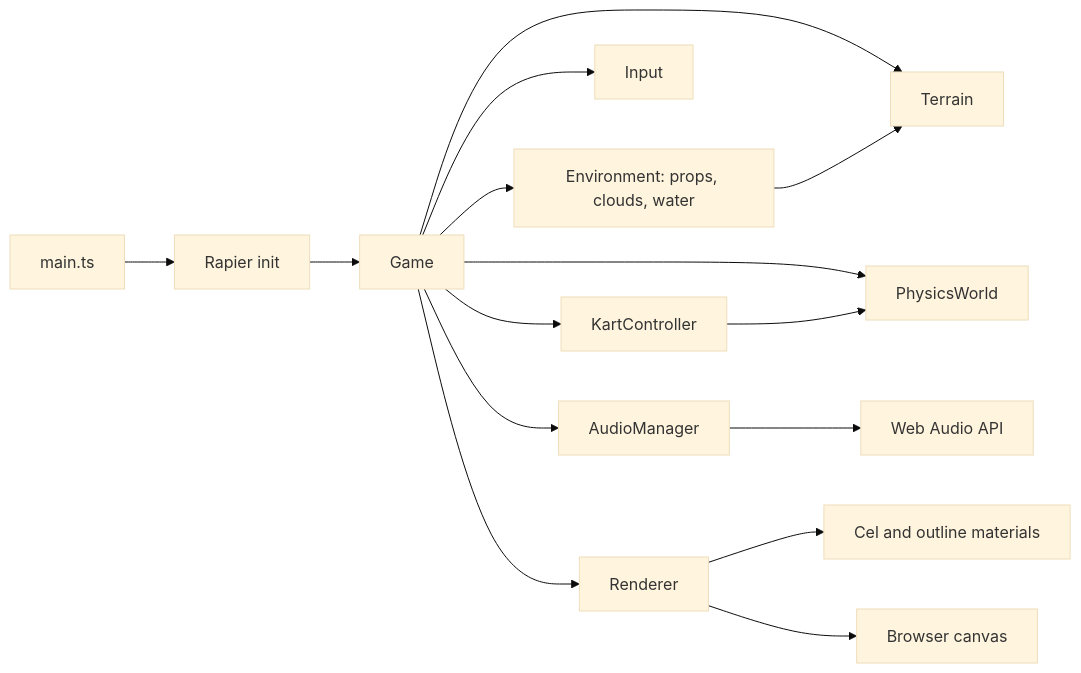
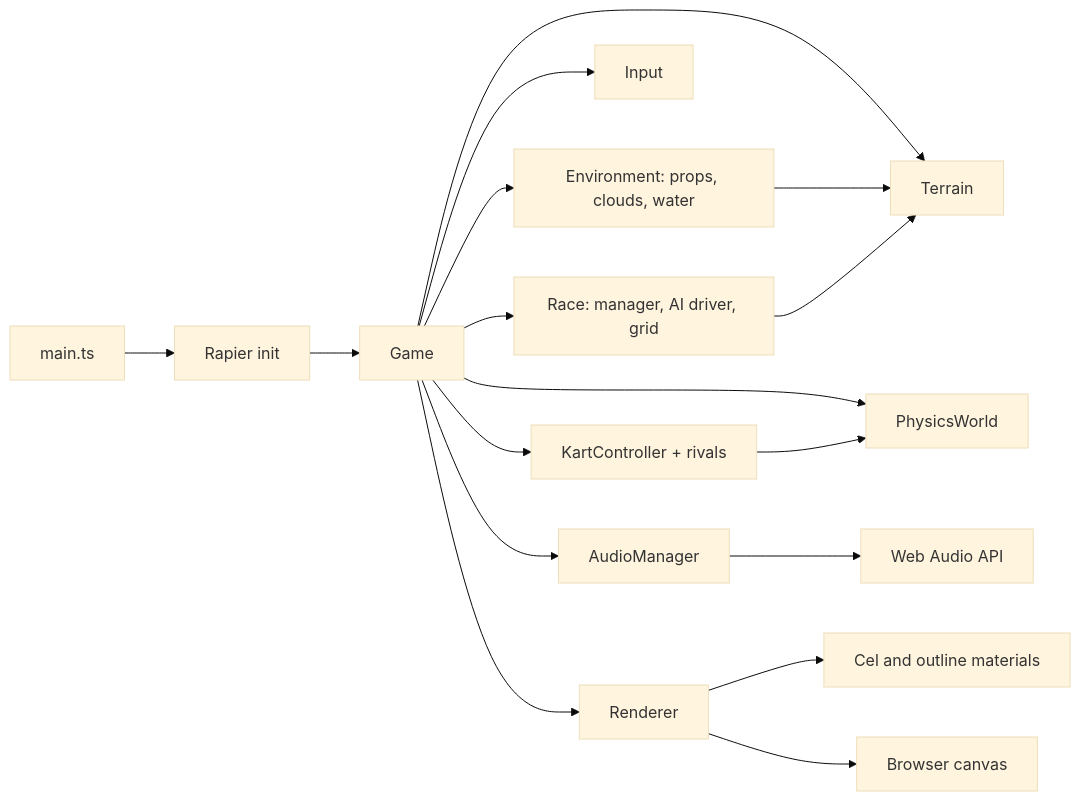
One commit to jjgroenendijk/cart-game changed the diagram in AGENTS.md. Above: the diagram before and after it, drawn with Mermaid (base theme). The commit also changed 3 other files, not shown here.

First line of the commit message:
feat(race): add AiDriver (pure-pursuit + throttle + avoidance + recovery)

````diff
--- a/AGENTS.md
+++ b/AGENTS.md
@@ -32,17 +32,19 @@
 ```mermaid
 flowchart LR
   main[main.ts] --> rapier[Rapier init]
   rapier --> game[Game]
   game --> terrain[Terrain]
   game --> env[Environment: props, clouds, water]
   env --> terrain
   game --> input[Input]
   game --> physics[PhysicsWorld]
-  game --> kart[KartController]
+  game --> kart[KartController + rivals]
   kart --> physics
+  game --> race[Race: manager, AI driver, grid]
+  race --> terrain
   game --> audio[AudioManager]
   audio --> webaudio[Web Audio API]
   game --> renderer[Renderer]
   renderer --> materials[Cel and outline materials]
   renderer --> canvas[Browser canvas]
 ```
````
